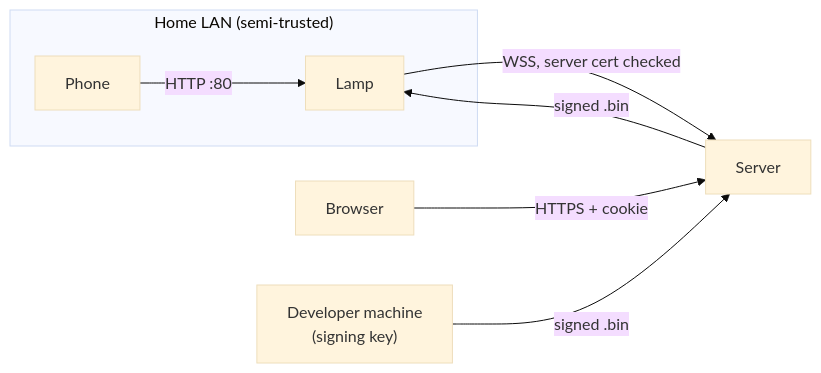
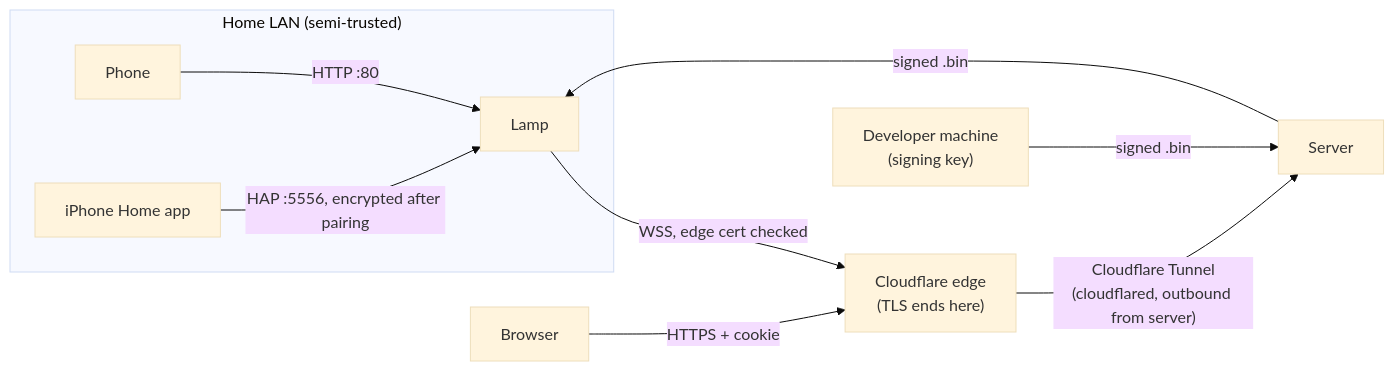
One commit to aRandomHumanoid/doublelamp changed the diagram in docs/07-security.md. Above: the diagram before and after it, drawn with Mermaid (base theme). The commit also changed other lines of this file and 274 other files, not shown here.

````diff
--- a/docs/07-security.md
+++ b/docs/07-security.md
@@ -17,10 +18,12 @@
 ```mermaid
 flowchart LR
   subgraph LAN["Home LAN (semi-trusted)"]
     Phone -- "HTTP :80" --> Lamp
+    iPhone["iPhone Home app"] -- "HAP :5556, encrypted after pairing" --> Lamp
   end
-  Lamp -- "WSS, server cert checked" --> Server
-  Browser -- "HTTPS + cookie" --> Server
+  Lamp -- "WSS, edge cert checked" --> CF["Cloudflare edge<br/>(TLS ends here)"]
+  Browser -- "HTTPS + cookie" --> CF
+  CF -- "Cloudflare Tunnel<br/>(cloudflared, outbound from server)" --> Server
   Dev["Developer machine<br/>(signing key)"] -- "signed .bin" --> Server
   Server -- "signed .bin" --> Lamp
 ```
````
